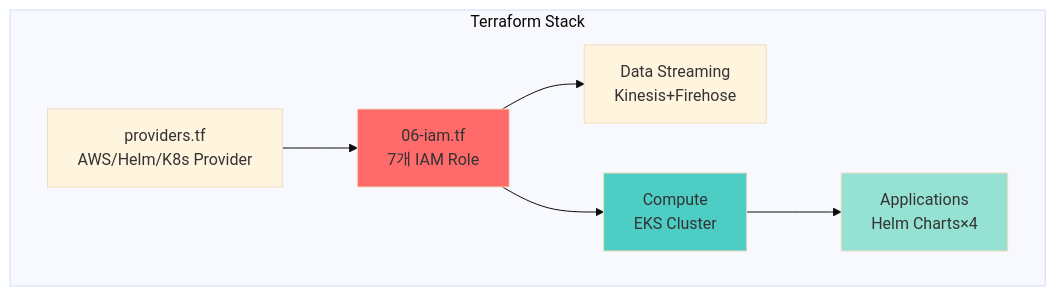
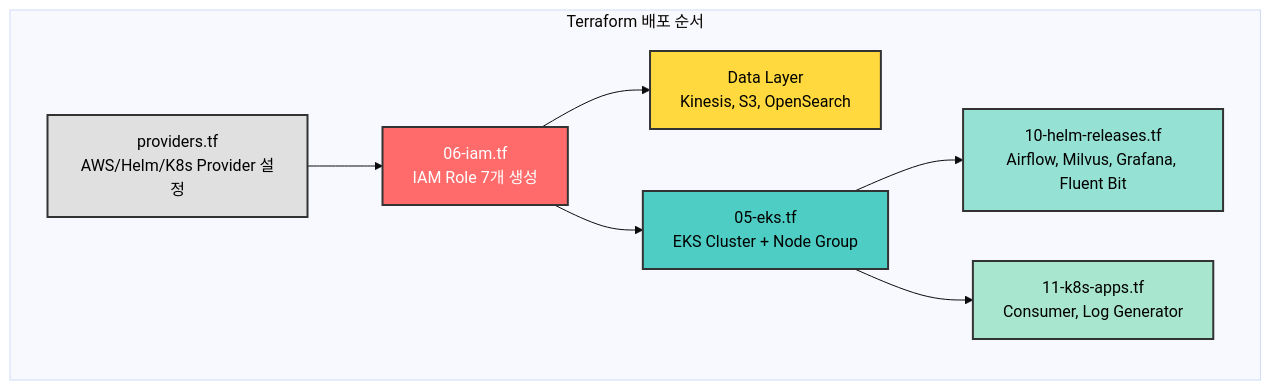
One commit to janghyunwoo2/CALI changed the first of 3 diagrams in docs/t1/4_infra_presentation_slides(요약).md. Above: the diagram before and after it, drawn with Mermaid (base theme). The commit also changed other lines of this file, not shown here.

````diff
--- a/docs/t1/4_infra_presentation_slides(요약).md
+++ b/docs/t1/4_infra_presentation_slides(요약).md
@@ -53,19 +53,24 @@
 ```mermaid
 graph TB
-    subgraph "Terraform Stack"
-        A[providers.tf<br/>AWS/Helm/K8s Provider]
-        B[06-iam.tf<br/>7개 IAM Role]
-        C[Data Streaming<br/>Kinesis+Firehose]
-        D[Compute<br/>EKS Cluster]
-        E[Applications<br/>Helm Charts×4]
+    subgraph "Terraform 배포 순서"
+        A[providers.tf<br/>AWS/Helm/K8s Provider 설정]
+        B[06-iam.tf<br/>IAM Role 7개 생성]
+        C[Data Layer<br/>Kinesis, S3, OpenSearch]
+        D[05-eks.tf<br/>EKS Cluster + Node Group]
+        E[10-helm-releases.tf<br/>Airflow, Milvus, Grafana, Fluent Bit]
+        F[11-k8s-apps.tf<br/>Consumer, Log Generator]
     end
     
     A --> B
     B --> C
     B --> D
     D --> E
+    D --> F
     
-    style B fill:#ff6b6b
-    style D fill:#4ecdc4
-    style E fill:#95e1d3
+    style A fill:#e0e0e0,stroke:#333,stroke-width:2px,color:#000
+    style B fill:#ff6b6b,stroke:#333,stroke-width:2px,color:#fff
+    style C fill:#ffd93d,stroke:#333,stroke-width:2px,color:#000
+    style D fill:#4ecdc4,stroke:#333,stroke-width:2px,color:#000
+    style E fill:#95e1d3,stroke:#333,stroke-width:2px,color:#000
+    style F fill:#a8e6cf,stroke:#333,stroke-width:2px,color:#000
 ```
````
